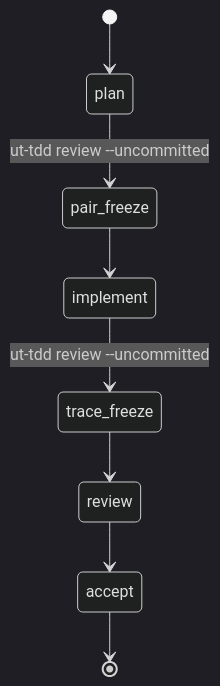
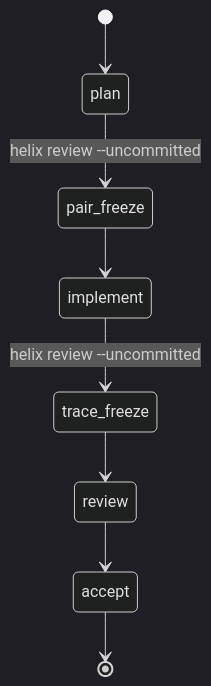
The first of 2 diagrams in docs/skills/design-doc.md (RetryYN/HELIX-HARNESS), drawn with Mermaid (dark theme) before and after one commit. The commit also changed other lines of this file and 1043 other files, not shown here.

````diff
--- a/docs/skills/design-doc.md
+++ b/docs/skills/design-doc.md
@@ -49,10 +49,10 @@
 ```mermaid
 stateDiagram-v2
   [*] --> plan
-  plan --> pair_freeze: ut-tdd review --uncommitted
+  plan --> pair_freeze: helix review --uncommitted
   pair_freeze --> implement
-  implement --> trace_freeze: ut-tdd review --uncommitted
+  implement --> trace_freeze: helix review --uncommitted
   trace_freeze --> review
   review --> accept
   accept --> [*]
 ```
````
